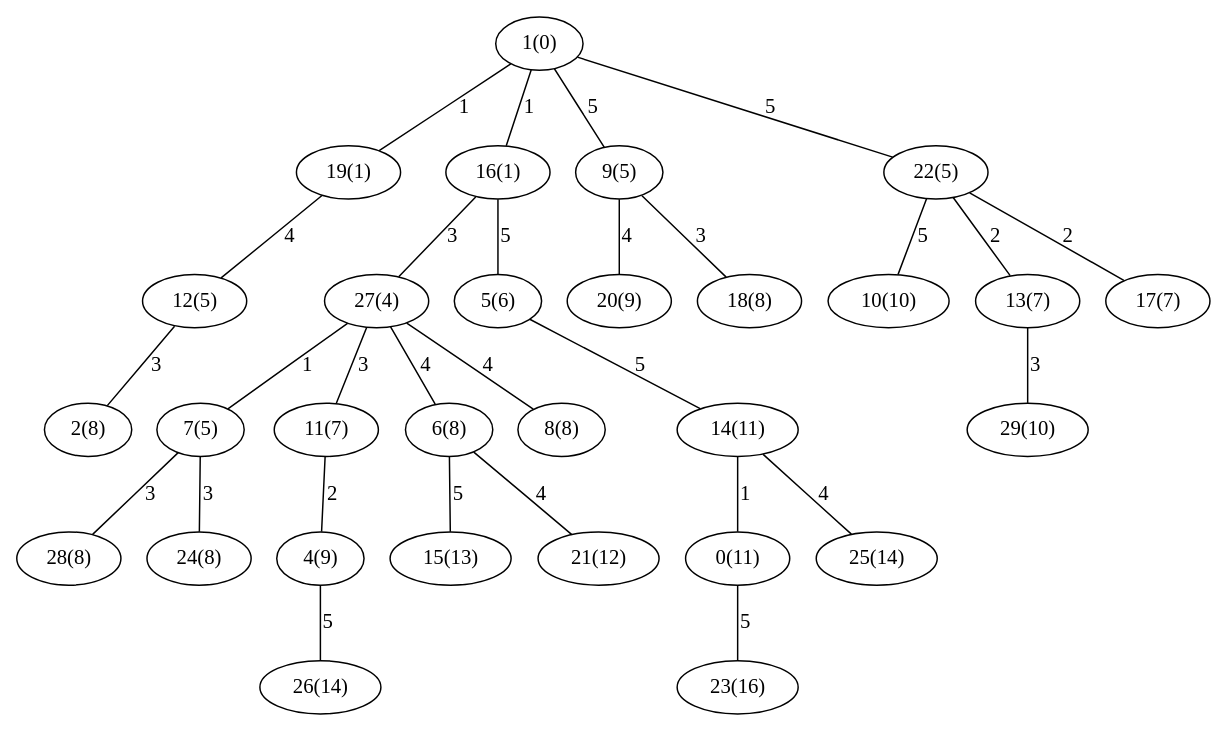
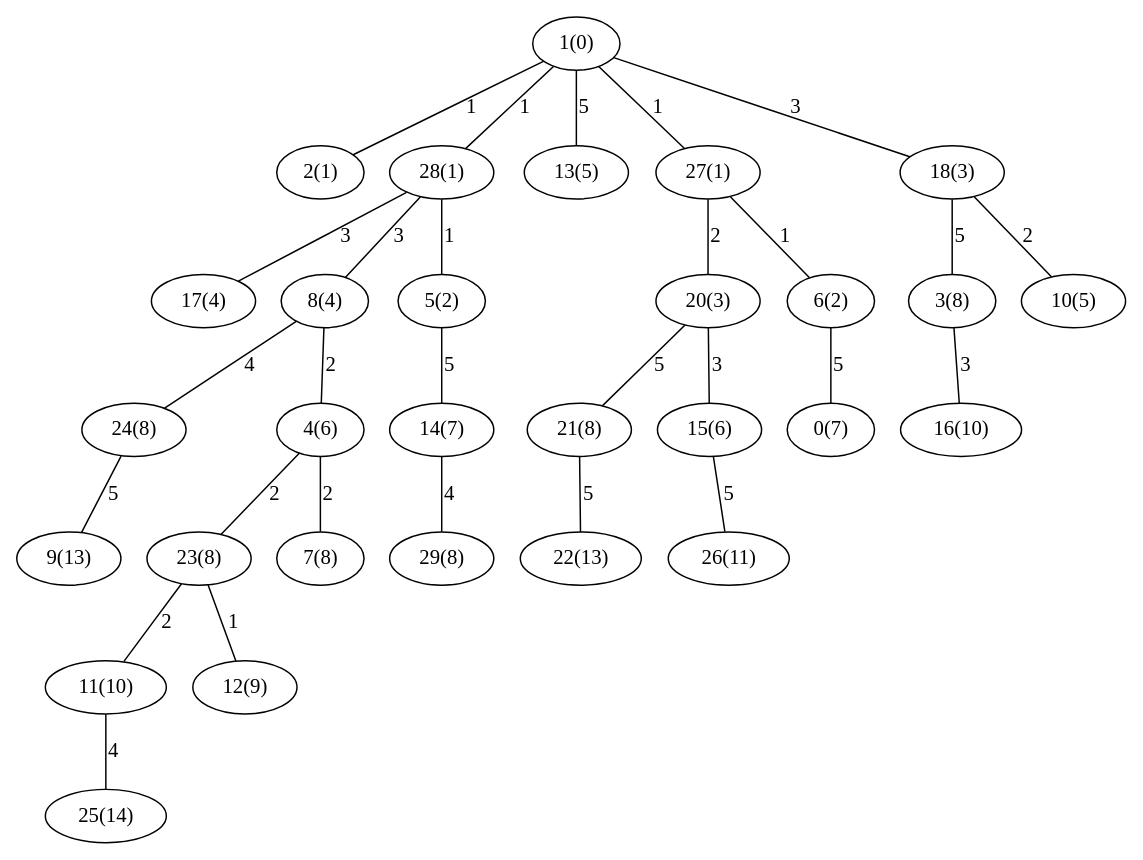
One commit to saradejesuss/GenerarGrafos changed the diagram in Dijkstra_Erdos3029.gv. Above: the diagram before and after it, drawn with Graphviz. The commit also changed 8 other files, not shown here.

```diff
--- a/Dijkstra_Erdos3029.gv
+++ b/Dijkstra_Erdos3029.gv
@@ -1,59 +1,59 @@
 graph{
-   20 [label="20(9)"];
-   0 [label="0(11)"];
-   27 [label="27(4)"];
-   14 [label="14(11)"];
-   10 [label="10(10)"];
-   23 [label="23(16)"];
-   5 [label="5(6)"];
-   4 [label="4(9)"];
-   13 [label="13(7)"];
-   7 [label="7(5)"];
-   29 [label="29(10)"];
+   11 [label="11(10)"];
+   3 [label="3(8)"];
+   17 [label="17(4)"];
+   12 [label="12(9)"];
+   26 [label="26(11)"];
+   10 [label="10(5)"];
+   8 [label="8(4)"];
+   23 [label="23(8)"];
+   5 [label="5(2)"];
+   7 [label="7(8)"];
    1 [label="1(0)"];
-   19 [label="19(1)"];
-   17 [label="17(7)"];
-   11 [label="11(7)"];
-   15 [label="15(13)"];
-   16 [label="16(1)"];
-   26 [label="26(14)"];
-   9 [label="9(5)"];
-   2 [label="2(8)"];
-   6 [label="6(8)"];
-   21 [label="21(12)"];
-   28 [label="28(8)"];
-   22 [label="22(5)"];
-   8 [label="8(8)"];
-   12 [label="12(5)"];
+   21 [label="21(8)"];
+   2 [label="2(1)"];
+   20 [label="20(3)"];
+   15 [label="15(6)"];
+   29 [label="29(8)"];
+   16 [label="16(10)"];
+   28 [label="28(1)"];
    24 [label="24(8)"];
-   18 [label="18(8)"];
+   9 [label="9(13)"];
+   13 [label="13(5)"];
+   6 [label="6(2)"];
+   22 [label="22(13)"];
+   4 [label="4(6)"];
+   14 [label="14(7)"];
+   27 [label="27(1)"];
+   18 [label="18(3)"];
+   0 [label="0(7)"];
    25 [label="25(14)"];
-   9 -- 18 [label="3"];
-   14 -- 25 [label="4"];
-   19 -- 12 [label="4"];
-   7 -- 24 [label="3"];
-   9 -- 20 [label="4"];
-   14 -- 0 [label="1"];
-   16 -- 27 [label="3"];
+   15 -- 26 [label="5"];
+   6 -- 0 [label="5"];
+   1 -- 18 [label="3"];
+   14 -- 29 [label="4"];
+   23 -- 11 [label="2"];
+   18 -- 3 [label="5"];
+   28 -- 17 [label="3"];
+   23 -- 12 [label="1"];
+   20 -- 21 [label="5"];
+   1 -- 27 [label="1"];
+   18 -- 10 [label="2"];
+   28 -- 8 [label="3"];
+   4 -- 23 [label="2"];
+   1 -- 2 [label="1"];
+   28 -- 5 [label="1"];
+   4 -- 7 [label="2"];
+   20 -- 15 [label="3"];
+   1 -- 13 [label="5"];
+   27 -- 20 [label="2"];
+   3 -- 16 [label="3"];
+   11 -- 25 [label="4"];
+   24 -- 9 [label="5"];
+   1 -- 28 [label="1"];
+   8 -- 24 [label="4"];
+   27 -- 6 [label="1"];
+   21 -- 22 [label="5"];
    5 -- 14 [label="5"];
-   22 -- 10 [label="5"];
-   0 -- 23 [label="5"];
-   16 -- 5 [label="5"];
-   11 -- 4 [label="2"];
-   1 -- 19 [label="1"];
-   22 -- 13 [label="2"];
-   27 -- 7 [label="1"];
-   13 -- 29 [label="3"];
-   1 -- 9 [label="5"];
-   22 -- 17 [label="2"];
-   27 -- 11 [label="3"];
-   6 -- 15 [label="5"];
-   4 -- 26 [label="5"];
-   1 -- 22 [label="5"];
-   1 -- 16 [label="1"];
-   12 -- 2 [label="3"];
-   27 -- 6 [label="4"];
-   6 -- 21 [label="4"];
-   7 -- 28 [label="3"];
-   27 -- 8 [label="4"];
+   8 -- 4 [label="2"];
 }
```
